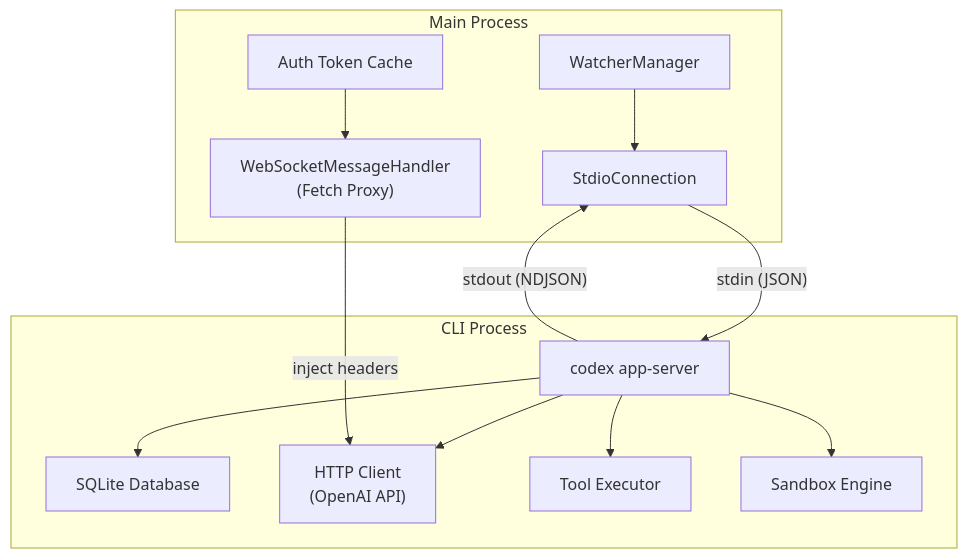
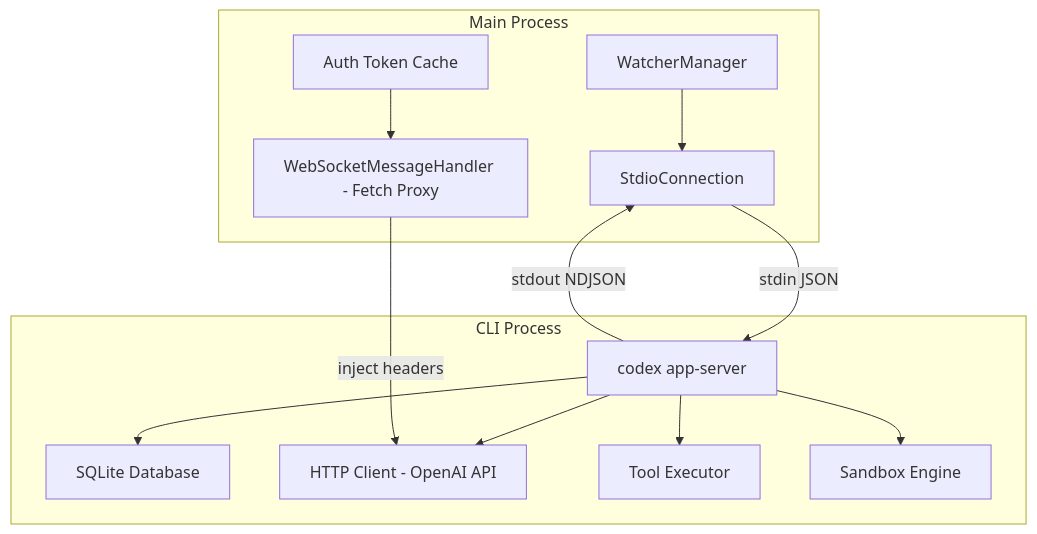
Before and after one commit to ChrisFeldmeier/codex-research: the first of 3 diagrams in 06-cli-bridge.md, drawn with Mermaid. The commit also changed other lines of this file and 10 other files, not shown here.

Commit message:
Refactor mermaid diagrams for improved clarity and consistency in label descriptions across various documentation files

````diff
--- a/06-cli-bridge.md
+++ b/06-cli-bridge.md
@@ -9,27 +9,27 @@
 ```mermaid
 flowchart TD
     subgraph "Main Process"
         WM_MOD["WatcherManager"]
         STDIO["StdioConnection"]
         AUTH["Auth Token Cache"]
-        FETCH["WebSocketMessageHandler<br/>(Fetch Proxy)"]
+        FETCH["WebSocketMessageHandler - Fetch Proxy"]
     end
 
     subgraph "CLI Process"
         SERVER["codex app-server"]
         DB["SQLite Database"]
-        HTTP["HTTP Client<br/>(OpenAI API)"]
+        HTTP["HTTP Client - OpenAI API"]
         TOOLS_CLI["Tool Executor"]
         SANDBOX_CLI["Sandbox Engine"]
     end
 
     WM_MOD --> STDIO
-    STDIO -->|"stdin (JSON)"| SERVER
-    SERVER -->|"stdout (NDJSON)"| STDIO
+    STDIO -->|"stdin JSON"| SERVER
+    SERVER -->|"stdout NDJSON"| STDIO
     SERVER --> DB
     SERVER --> HTTP
     SERVER --> TOOLS_CLI
     SERVER --> SANDBOX_CLI
     AUTH --> FETCH
     FETCH -->|"inject headers"| HTTP
 ```
````
